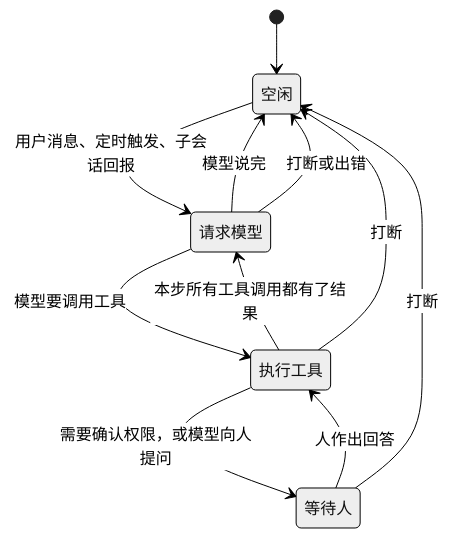
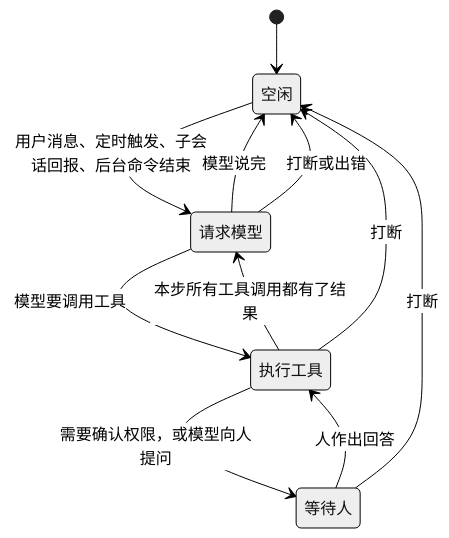
One commit to SHORiN-KiWATA/miyu-agent-remake changed the fourth of 5 diagrams in docs/designs/02-内核.md. Above: the diagram before and after it, drawn with Mermaid (neutral theme). The commit also changed other lines of this file and 21 other files, not shown here.

````diff
--- a/docs/designs/02-内核.md
+++ b/docs/designs/02-内核.md
@@ -143,17 +143,17 @@
 ```mermaid
 stateDiagram-v2
     state "空闲" as Idle
     state "请求模型" as Asking
     state "执行工具" as Running
     state "等待人" as Waiting
     [*] --> Idle
-    Idle --> Asking: 用户消息、定时触发、子会话回报
+    Idle --> Asking: 用户消息、定时触发、子会话回报、后台命令结束
     Asking --> Running: 模型要调用工具
     Asking --> Idle: 模型说完
     Running --> Waiting: 需要确认权限，或模型向人提问
     Waiting --> Running: 人作出回答
     Running --> Asking: 本步所有工具调用都有了结果
     Asking --> Idle: 打断或出错
     Running --> Idle: 打断
     Waiting --> Idle: 打断
 ```
````
